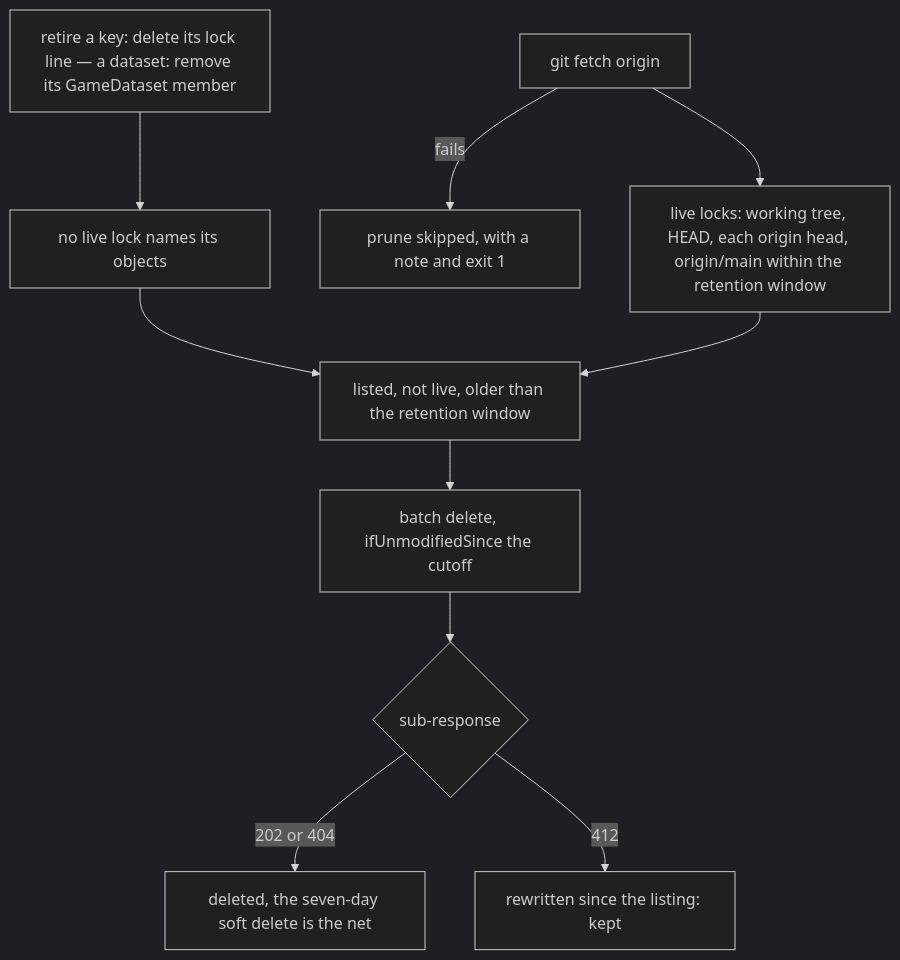
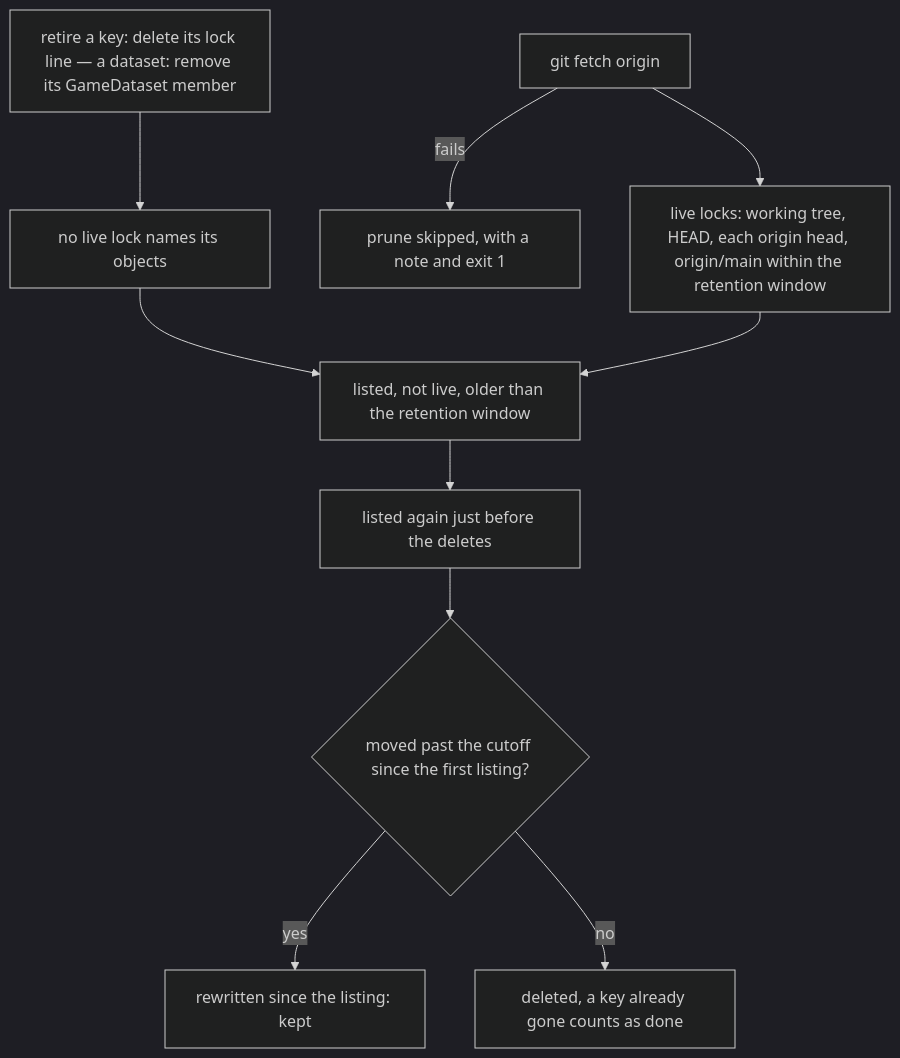
The fourth of 5 diagrams in openspec/specs/genshin/hosted-game-data/design.md (Esposter/Esposter), drawn with Mermaid (dark theme) before and after one commit. The commit also changed other lines of this file and 1 other file, not shown here.

````diff
--- a/openspec/specs/genshin/hosted-game-data/design.md
+++ b/openspec/specs/genshin/hosted-game-data/design.md
@@ -171,12 +171,12 @@
 ```mermaid
 flowchart TD
   Retire["retire a key: delete its lock line — a dataset: remove its GameDataset member"] --> Unreached["no live lock names its objects"]
   Fetch["git fetch origin"] -->|fails| Skipped["prune skipped, with a note and exit 1"]
   Fetch --> Locks["live locks: working tree, HEAD, each origin head, origin/main within the retention window"]
   Unreached --> Candidates
   Locks --> Candidates["listed, not live, older than the retention window"]
-  Candidates --> Delete["batch delete, ifUnmodifiedSince the cutoff"]
-  Delete --> Outcome{"sub-response"}
-  Outcome -->|"202 or 404"| Gone["deleted, the seven-day soft delete is the net"]
-  Outcome -->|412| Kept["rewritten since the listing: kept"]
+  Candidates --> Relist["listed again just before the deletes"]
+  Relist --> Moved{"moved past the cutoff since the first listing?"}
+  Moved -->|"yes"| Kept["rewritten since the listing: kept"]
+  Moved -->|"no"| Gone["deleted, a key already gone counts as done"]
 ```
````
